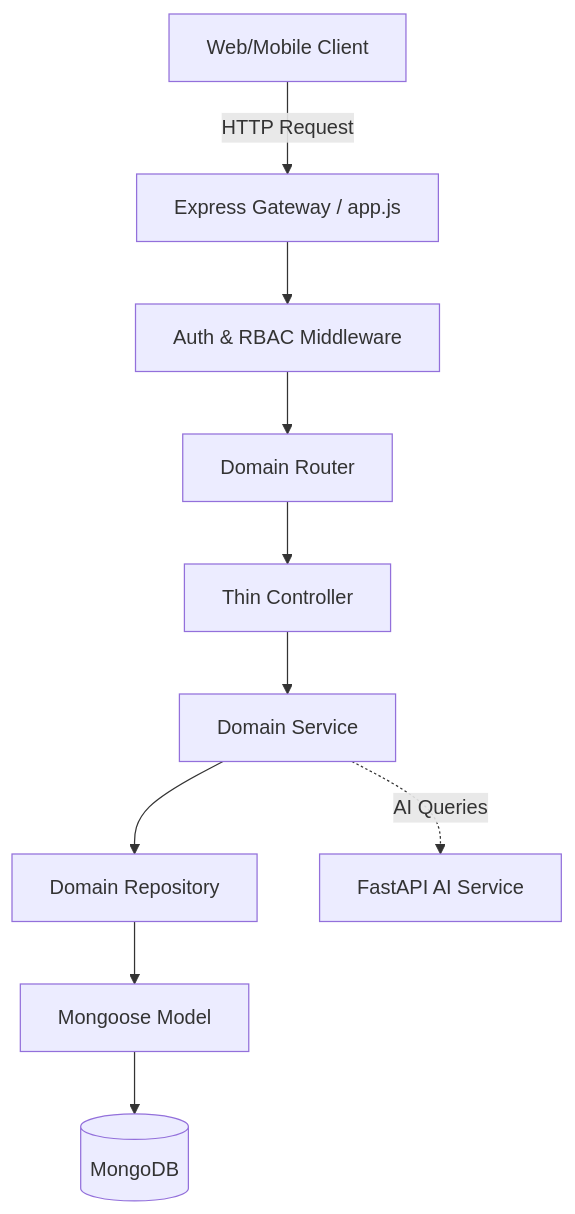
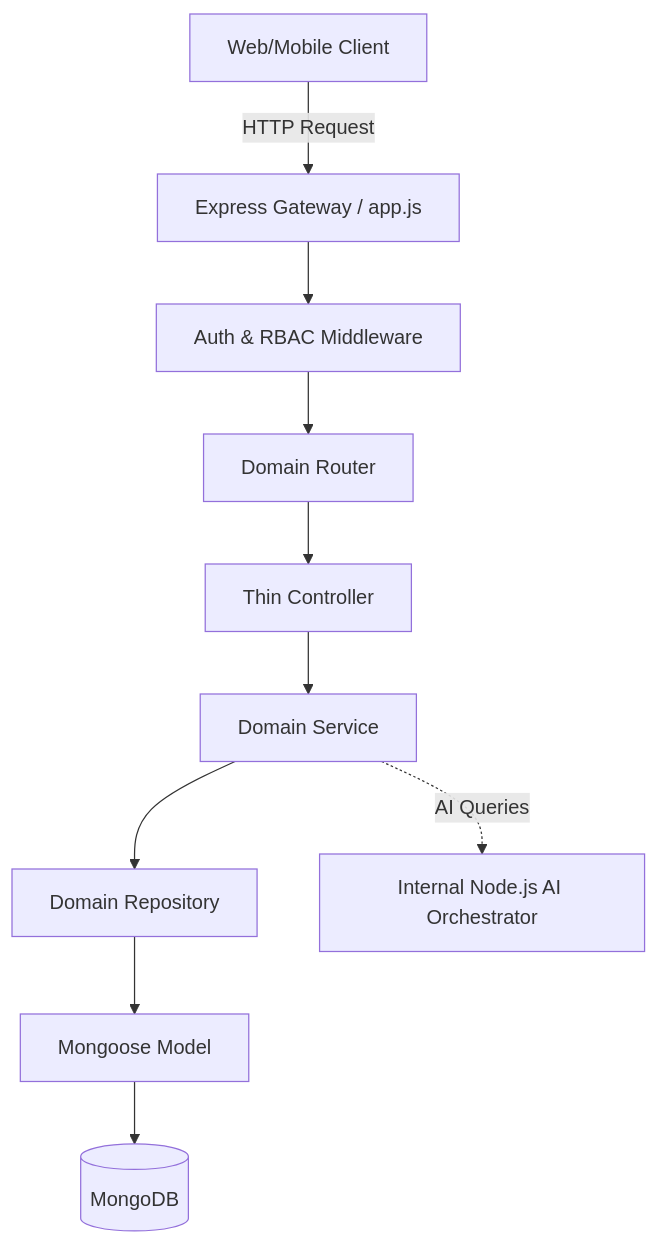
The diagram in primary-server/docs/BACKEND_DOCUMENTATION.md (deepsandilya01/margdarshak), drawn with Mermaid before and after one commit. The commit also changed other lines of this file and 33 other files, not shown here.

````diff
--- a/primary-server/docs/BACKEND_DOCUMENTATION.md
+++ b/primary-server/docs/BACKEND_DOCUMENTATION.md
@@ -9,12 +9,12 @@
 ```mermaid
 graph TD
     Client[Web/Mobile Client] -->|HTTP Request| Express[Express Gateway / app.js]
     Express --> AuthMiddleware[Auth & RBAC Middleware]
     AuthMiddleware --> Routes[Domain Router]
     Routes --> Controller[Thin Controller]
     Controller --> Service[Domain Service]
     Service --> Repository[Domain Repository]
     Repository --> Mongoose[Mongoose Model]
     Mongoose --> MongoDB[(MongoDB)]
-    Service -.->|AI Queries| FastAPI[FastAPI AI Service]
+    Service -.->|AI Queries| AI[Internal Node.js AI Orchestrator]
 ```
````
